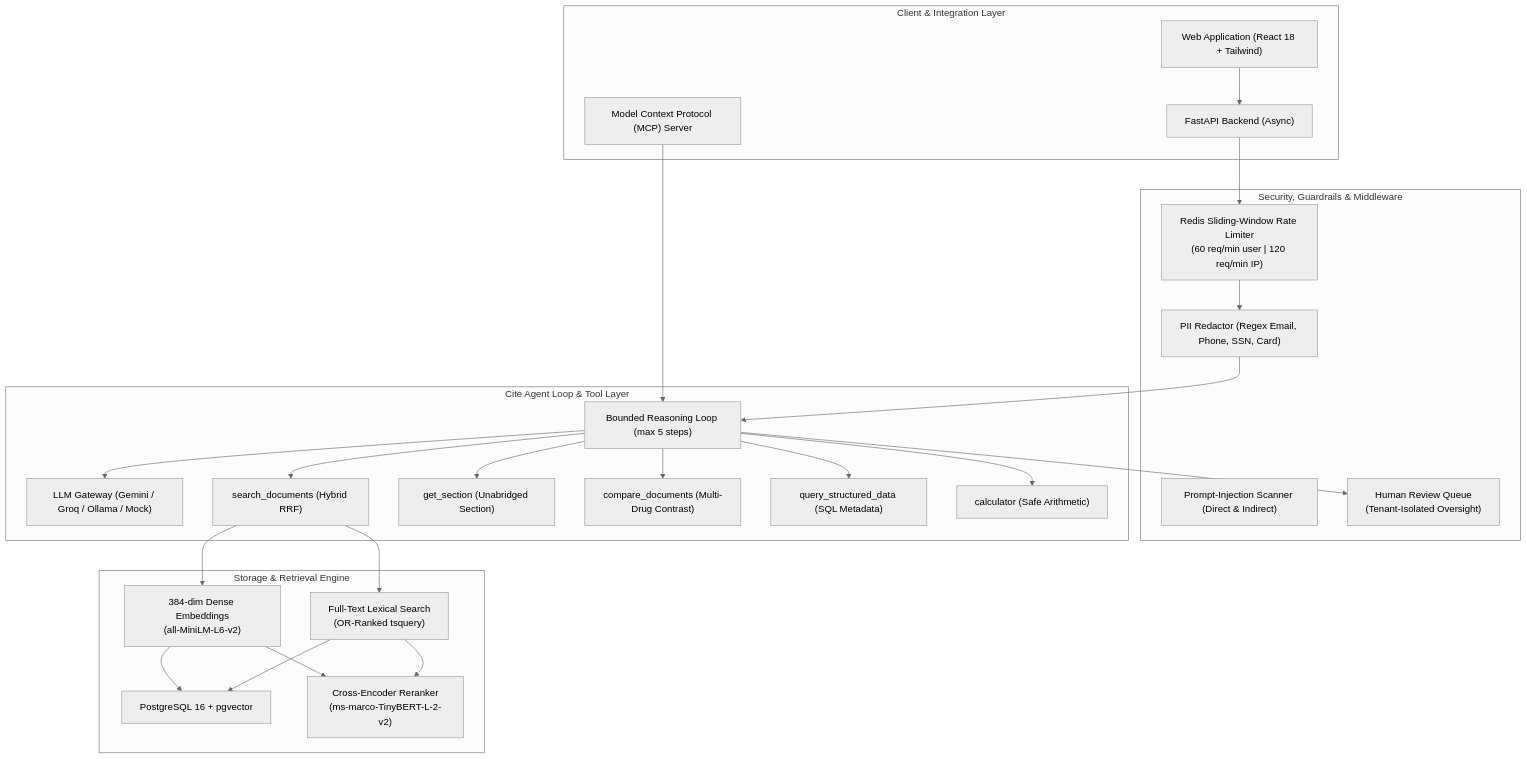
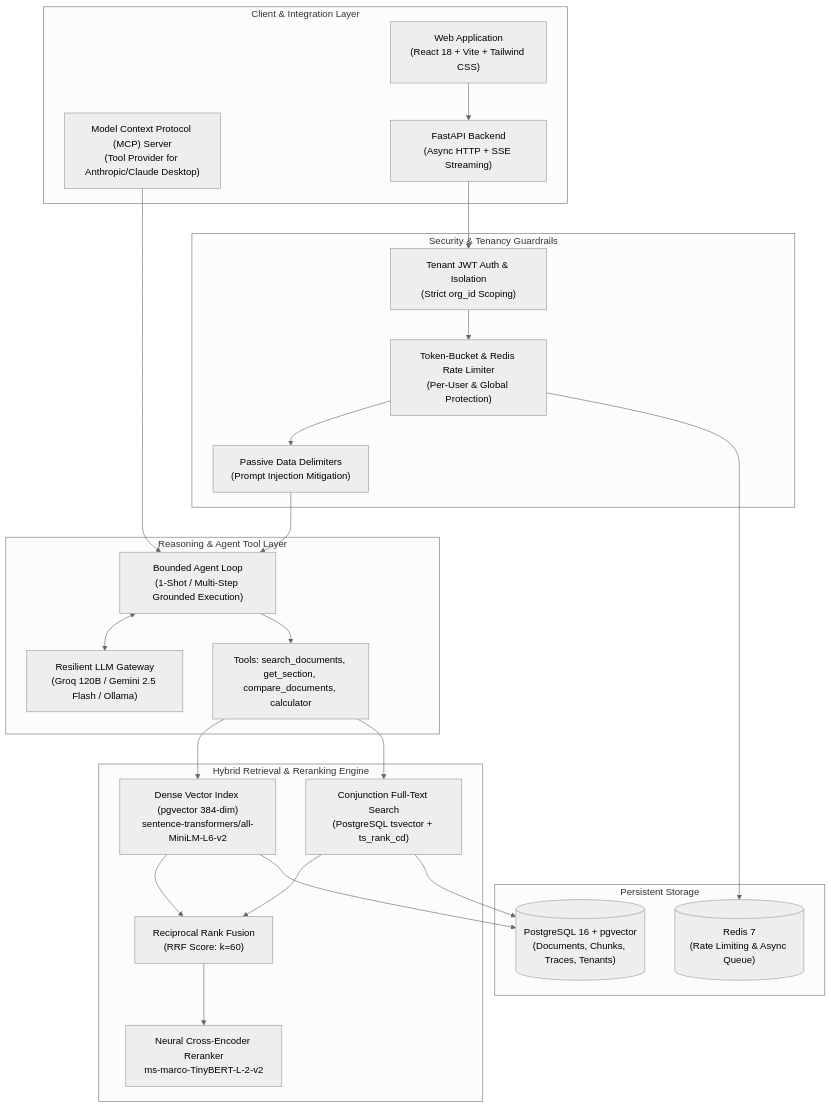
One commit to mohammadshaikh77/RAG-FOR-ENTERPRISE- changed the diagram in README.md. Above: the diagram before and after it, drawn with Mermaid (neutral theme). The commit also changed other lines of this file and 12 other files, not shown here.

Commit message:
feat(rag): section-aware PDF ingestion, neural cross-encoder reranking, clean UI citations, and production README

````diff
--- a/README.md
+++ b/README.md
@@ -25,43 +16,41 @@
 ```mermaid
 flowchart TD
     subgraph ClientLayer["Client & Integration Layer"]
-        WebUI["Web Application (React 18 + Tailwind)"]
-        MCPServer["Model Context Protocol (MCP) Server"]
-        RESTAPI["FastAPI Backend (Async)"]
+        WebUI["Web Application\n(React 18 + Vite + Tailwind CSS)"]
+        MCPServer["Model Context Protocol (MCP) Server\n(Tool Provider for Anthropic/Claude Desktop)"]
+        RESTAPI["FastAPI Backend\n(Async HTTP + SSE Streaming)"]
     end
 
-    subgraph SecurityLayer["Security, Guardrails & Middleware"]
-        RateLimiter["Redis Sliding-Window Rate Limiter\n(60 req/min user | 120 req/min IP)"]
-        PIIRedactor["PII Redactor (Regex Email, Phone, SSN, Card)"]
-        InjectionScanner["Prompt-Injection Scanner (Direct & Indirect)"]
-        ReviewQueue["Human Review Queue\n(Tenant-Isolated Oversight)"]
+    subgraph MiddlewareLayer["Security & Tenancy Guardrails"]
+        TenantAuth["Tenant JWT Auth & Isolation\n(Strict org_id Scoping)"]
+        RateLimiter["Token-Bucket & Redis Rate Limiter\n(Per-User & Global Protection)"]
+        Delimiters["Passive Data Delimiters\n(Prompt Injection Mitigation)"]
     end
 
-    subgraph AgentLayer["Cite Agent Loop & Tool Layer"]
-        AgentLoop["Bounded Reasoning Loop (max 5 steps)"]
-        Gateway["LLM Gateway (Gemini / Groq / Ollama / Mock)"]
-        SearchTool["search_documents (Hybrid RRF)"]
-        SectionTool["get_section (Unabridged Section)"]
-        CompareTool["compare_documents (Multi-Drug Contrast)"]
-        StructuredTool["query_structured_data (SQL Metadata)"]
-        CalcTool["calculator (Safe Arithmetic)"]
+    subgraph ReasoningLayer["Reasoning & Agent Tool Layer"]
+        AgentLoop["Bounded Agent Loop\n(1-Shot / Multi-Step Grounded Execution)"]
+        LLMGateway["Resilient LLM Gateway\n(Groq 120B / Gemini 2.5 Flash / Ollama)"]
+        Tools["Tools: search_documents, get_section, compare_documents, calculator"]
     end
 
-    subgraph RetrievalLayer["Storage & Retrieval Engine"]
-        PG["PostgreSQL 16 + pgvector"]
-        DenseVec["384-dim Dense Embeddings\n(all-MiniLM-L6-v2)"]
-        SparseFTS["Full-Text Lexical Search\n(OR-Ranked tsquery)"]
-        Reranker["Cross-Encoder Reranker\n(ms-marco-TinyBERT-L-2-v2)"]
+    subgraph RetrievalLayer["Hybrid Retrieval & Reranking Engine"]
+        VectorIndex["Dense Vector Index (pgvector 384-dim)\nsentence-transformers/all-MiniLM-L6-v2"]
+        LexicalIndex["Conjunction Full-Text Search\n(PostgreSQL tsvector + ts_rank_cd)"]
+        RRFFusion["Reciprocal Rank Fusion\n(RRF Score: k=60)"]
+        CrossEncoder["Neural Cross-Encoder Reranker\nms-marco-TinyBERT-L-2-v2"]
+    end
+
+    subgraph StorageLayer["Persistent Storage"]
+        Postgres[("PostgreSQL 16 + pgvector\n(Documents, Chunks, Traces, Tenants)")]
+        RedisDB[("Redis 7\n(Rate Limiting & Async Queue)")]
     end
 
     WebUI --> RESTAPI
-    RESTAPI --> RateLimiter
-    RateLimiter --> PIIRedactor
-    PIIRedactor --> AgentLoop
-    AgentLoop --> Gateway
-    AgentLoop --> SearchTool & SectionTool & CompareTool & StructuredTool & CalcTool
-    SearchTool --> DenseVec & SparseFTS --> Reranker
-    DenseVec & SparseFTS --> PG
-    AgentLoop --> ReviewQueue
     MCPServer --> AgentLoop
+    RESTAPI --> TenantAuth --> RateLimiter --> Delimiters --> AgentLoop
+    AgentLoop <--> LLMGateway
+    AgentLoop --> Tools
+    Tools --> VectorIndex & LexicalIndex --> RRFFusion --> CrossEncoder
+    VectorIndex & LexicalIndex --> Postgres
+    RateLimiter --> RedisDB
 ```
````
